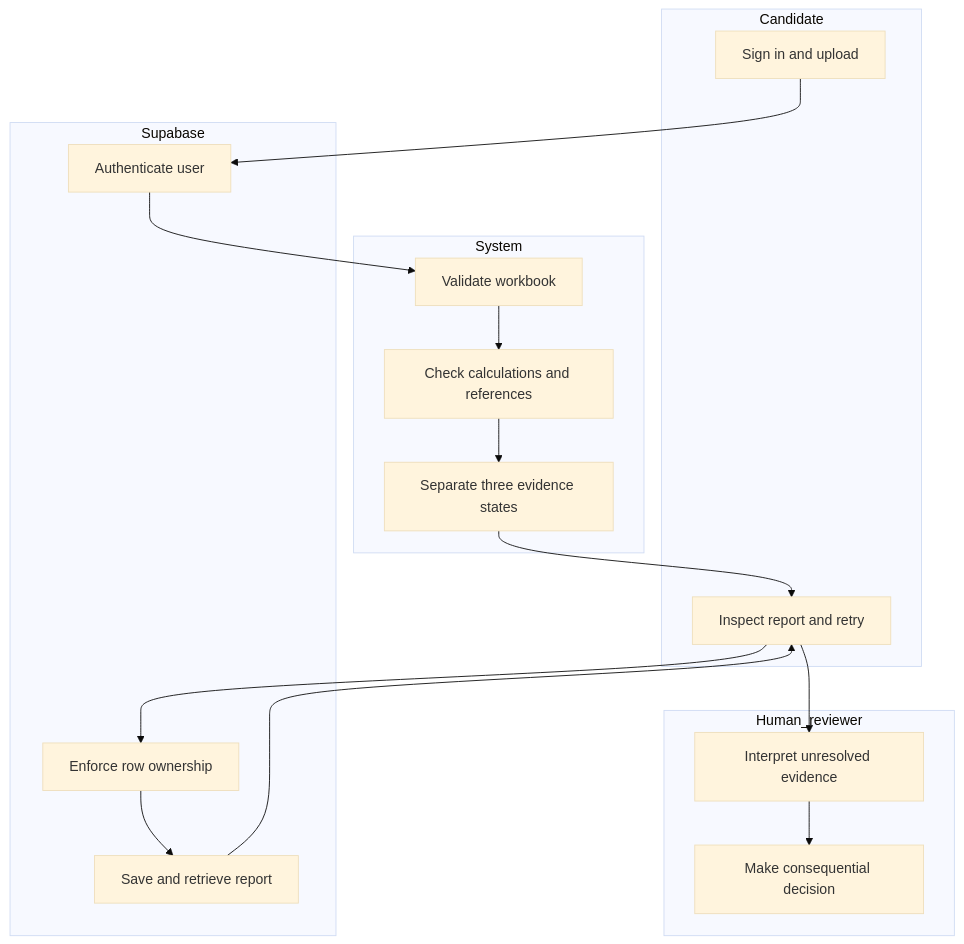
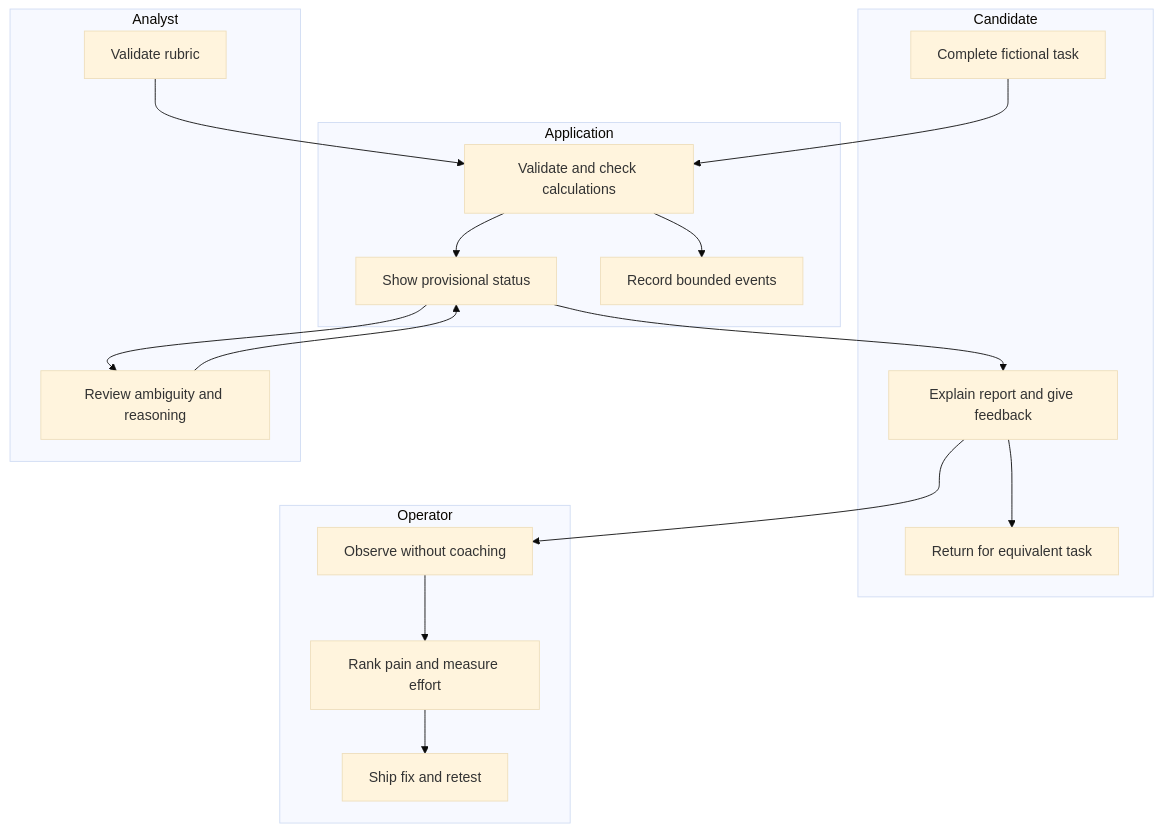
The second of 2 diagrams in docs/PACKET.md (valeriakarambuilds-sketch/skillproof-mx), drawn with Mermaid (base theme) before and after one commit. The commit also changed other lines of this file and 1 other file, not shown here.

Commit message:
docs: commit Week 13 packet before application changes

````diff
--- a/docs/PACKET.md
+++ b/docs/PACKET.md
@@ -35,24 +47,28 @@
 ```mermaid
 flowchart TD
  subgraph Candidate
- A[Sign in and upload]
- H[Inspect report and retry]
+ A[Complete fictional task]
+ B[Explain report and give feedback]
+ C[Return for equivalent task]
  end
- subgraph System
- B[Validate workbook]
- C[Check calculations and references]
- D[Separate three evidence states]
+ subgraph Application
+ D[Validate and check calculations]
+ E[Show provisional status]
+ F[Record bounded events]
  end
- subgraph Supabase
- E[Authenticate user]
- F[Enforce row ownership]
- G[Save and retrieve report]
+ subgraph Operator
+ G[Observe without coaching]
+ H[Rank pain and measure effort]
+ I[Ship fix and retest]
  end
- subgraph Human_reviewer
- I[Interpret unresolved evidence]
- J[Make consequential decision]
+ subgraph Analyst
+ J[Validate rubric]
+ K[Review ambiguity and reasoning]
  end
- A --> E --> B --> C --> D --> H
- H --> F --> G --> H
- H --> I --> J
+ J --> D
+ A --> D --> E --> B
+ D --> F
+ B --> G --> H --> I
+ E --> K --> E
+ B --> C
 ```
````
